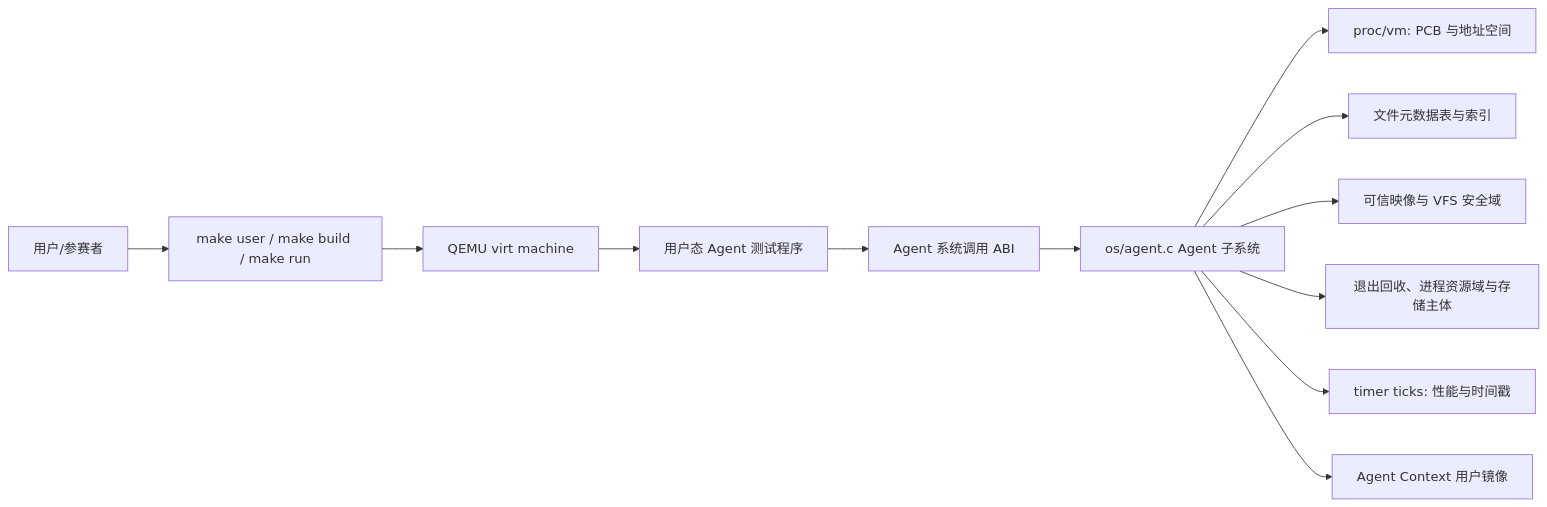
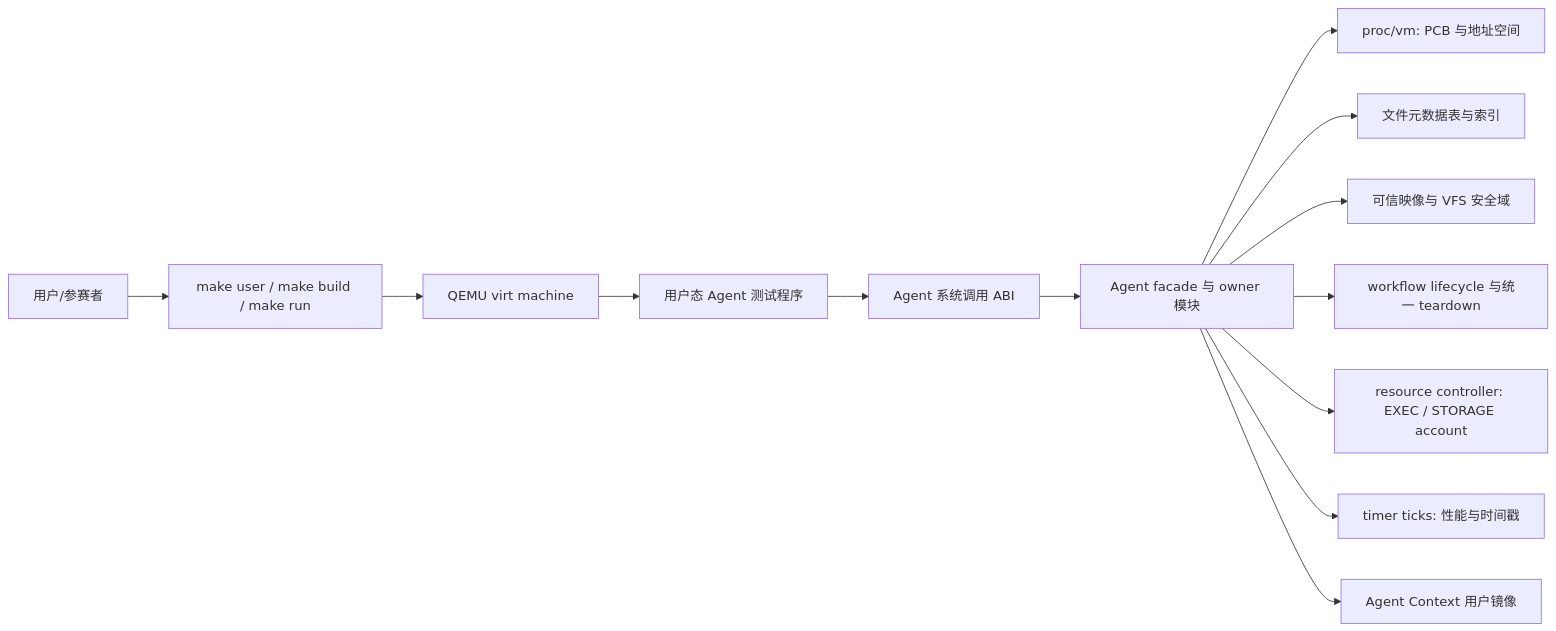
One commit to yushugulao/Agent-OS changed the first of 11 diagrams in docs/agentos/design.md. Above: the diagram before and after it, drawn with Mermaid. The commit also changed other lines of this file and 75 other files, not shown here.

````diff
--- a/docs/agentos/design.md
+++ b/docs/agentos/design.md
@@ -55,14 +55,15 @@
 ```mermaid
 flowchart LR
     User["用户/参赛者"] --> Build["make user / make build / make run"]
     Build --> QEMU["QEMU virt machine"]
     QEMU --> UserAgent["用户态 Agent 测试程序"]
     UserAgent --> Syscall["Agent 系统调用 ABI"]
-    Syscall --> KernelAgent["os/agent.c Agent 子系统"]
+    Syscall --> KernelAgent["Agent facade 与 owner 模块"]
     KernelAgent --> Proc["proc/vm: PCB 与地址空间"]
     KernelAgent --> FileMeta["文件元数据表与索引"]
     KernelAgent --> Trust["可信映像与 VFS 安全域"]
-    KernelAgent --> Lifecycle["退出回收、进程资源域与存储主体"]
+    KernelAgent --> Lifecycle["workflow lifecycle 与统一 teardown"]
+    KernelAgent --> Resource["resource controller: EXEC / STORAGE account"]
     KernelAgent --> Clock["timer ticks: 性能与时间戳"]
     KernelAgent --> Context["Agent Context 用户镜像"]
 ```
````
